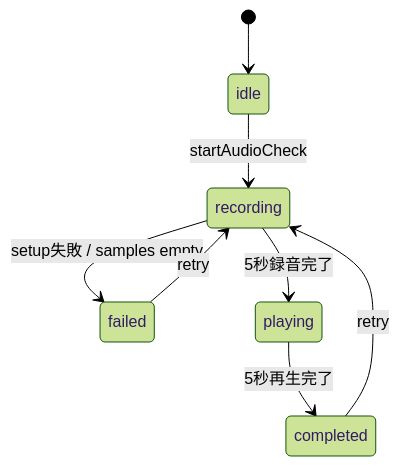
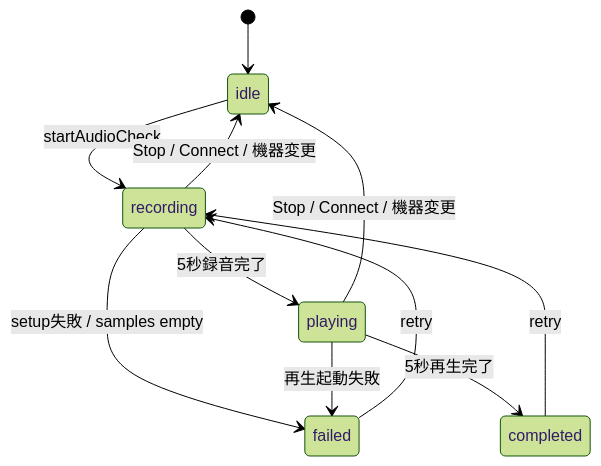
Before and after one commit to eroccowaruico/RideIntercom: the fifth of 6 diagrams in docs/spec/App/UI/画面・状態遷移.md, drawn with Mermaid (forest theme). The commit also changed other lines of this file and 70 other files, not shown here.

````diff
--- a/docs/spec/App/UI/画面・状態遷移.md
+++ b/docs/spec/App/UI/画面・状態遷移.md
@@ -100,10 +103,13 @@
 ```mermaid
 stateDiagram-v2
     [*] --> idle
     idle --> recording: startAudioCheck
     recording --> failed: setup失敗 / samples empty
     recording --> playing: 5秒録音完了
     playing --> completed: 5秒再生完了
+    recording --> idle: Stop / Connect / 機器変更
+    playing --> idle: Stop / Connect / 機器変更
+    playing --> failed: 再生起動失敗
     failed --> recording: retry
     completed --> recording: retry
 ```
````
